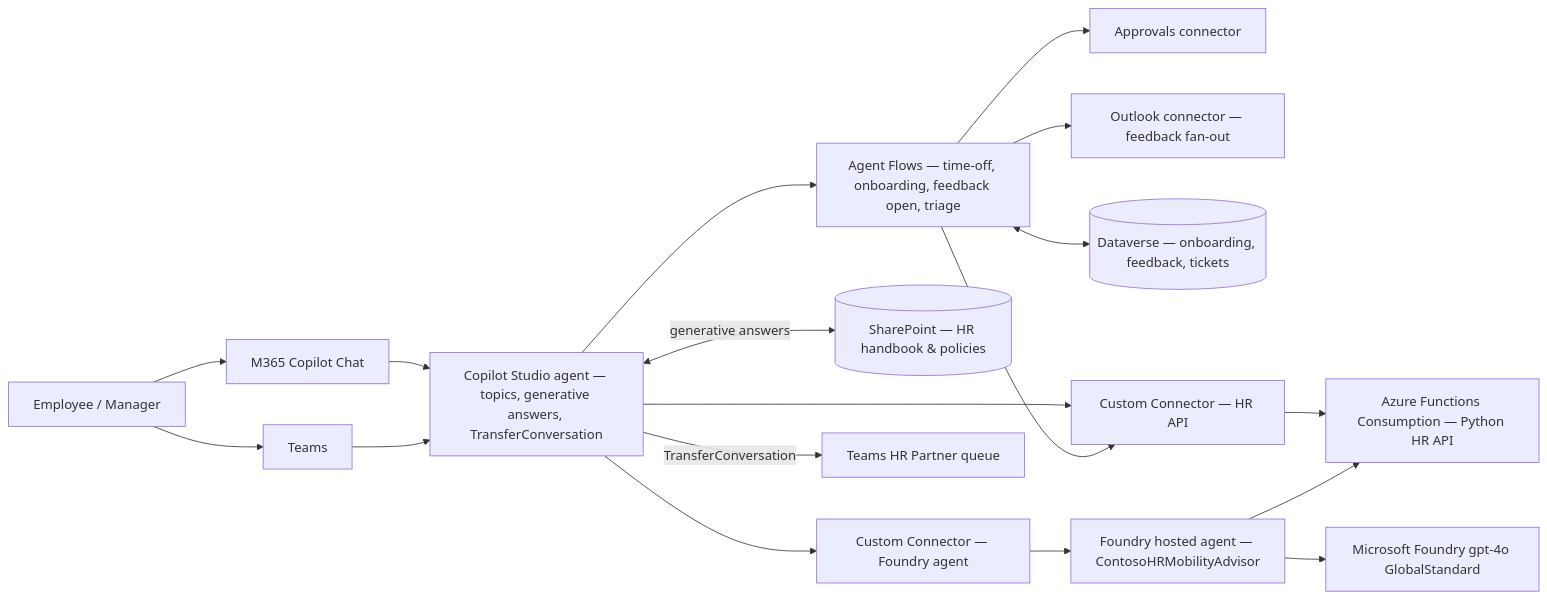
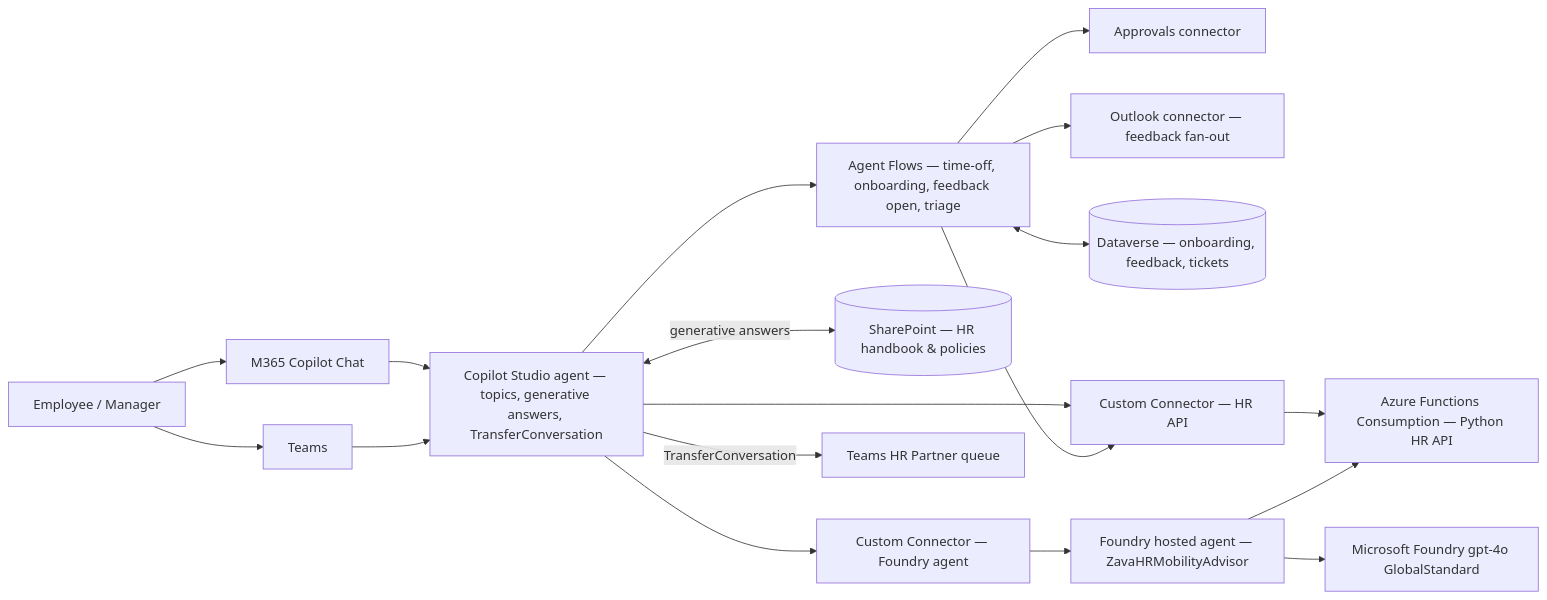
Before and after one commit to jonathandhaene/hr-agents-comparison: the diagram in docs/architecture/mixed.md, drawn with Mermaid. The commit also changed other lines of this file and 54 other files, not shown here.

First line of the commit message:
feat: replace Contoso with Zava and add Mistral EU model support via Foundry

````diff
--- a/docs/architecture/mixed.md
+++ b/docs/architecture/mixed.md
@@ -7,36 +7,36 @@
 ```mermaid
 flowchart LR
   user["Employee / Manager"]
   copilot["M365 Copilot Chat"]
   teams["Teams"]
   cs["Copilot Studio agent — topics, generative answers, TransferConversation"]
   flows["Agent Flows — time-off, onboarding, feedback open, triage"]
   approvals["Approvals connector"]
   outlook["Outlook connector — feedback fan-out"]
   dataverse[("Dataverse — onboarding, feedback, tickets")]
   sp[("SharePoint — HR handbook & policies")]
   hrconn["Custom Connector — HR API"]
   fdyconn["Custom Connector — Foundry agent"]
   fn["Azure Functions Consumption — Python HR API"]
-  fdy["Foundry hosted agent — ContosoHRMobilityAdvisor"]
+  fdy["Foundry hosted agent — ZavaHRMobilityAdvisor"]
   fdy_model["Microsoft Foundry gpt-4o GlobalStandard"]
   hrqueue["Teams HR Partner queue"]
 
   user --> copilot
   user --> teams
   copilot --> cs
   teams --> cs
   cs <-->|generative answers| sp
   cs --> flows
   cs --> hrconn
   cs --> fdyconn
   cs -->|TransferConversation| hrqueue
   flows --> approvals
   flows --> outlook
   flows <--> dataverse
   flows --> hrconn
   hrconn --> fn
   fdyconn --> fdy
   fdy --> fdy_model
   fdy --> fn
 ```
````
